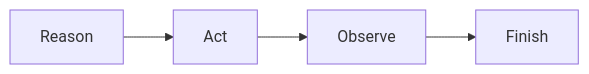
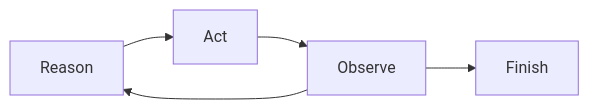
One commit to jmdvinodjmd/agentic-ai-tutorial changed the diagram in patterns/react_tool_use/README.md. Above: the diagram before and after it, drawn with Mermaid. The commit also changed other lines of this file and 34 other files, not shown here.

````diff
--- a/patterns/react_tool_use/README.md
+++ b/patterns/react_tool_use/README.md
@@ -5,4 +9,5 @@
 ```mermaid
 flowchart LR
   Reason --> Act --> Observe --> Finish
+  Observe --> Reason
 ```
````
